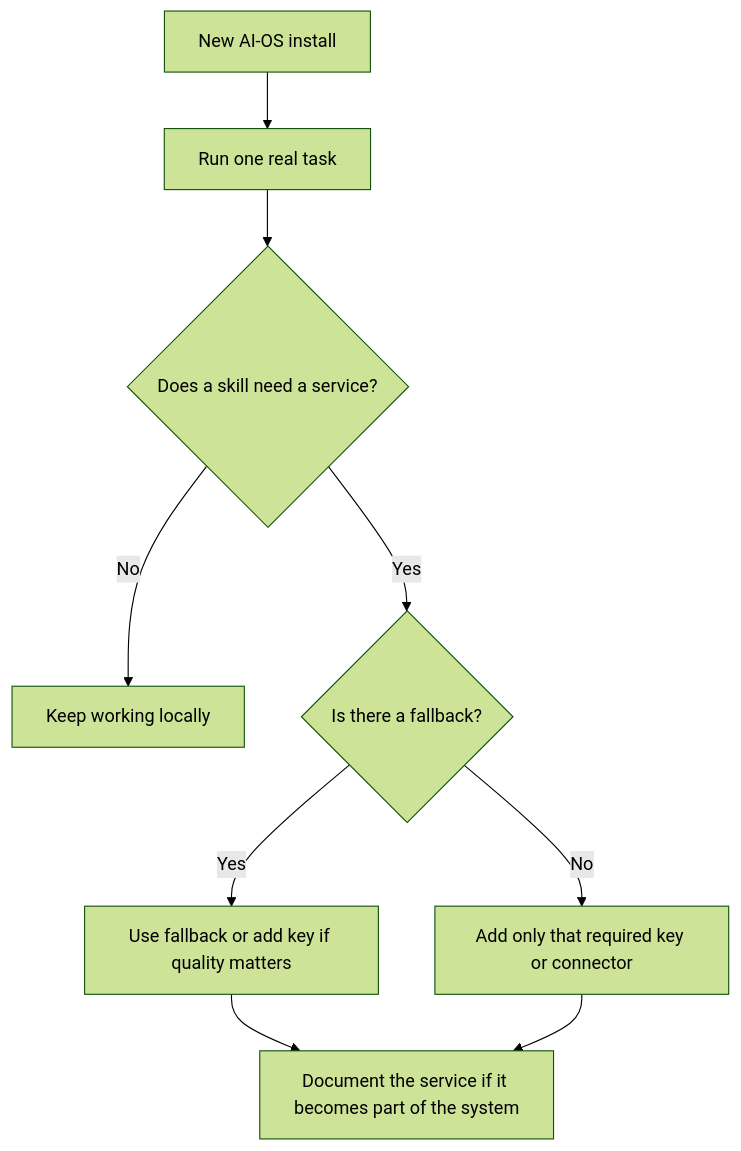
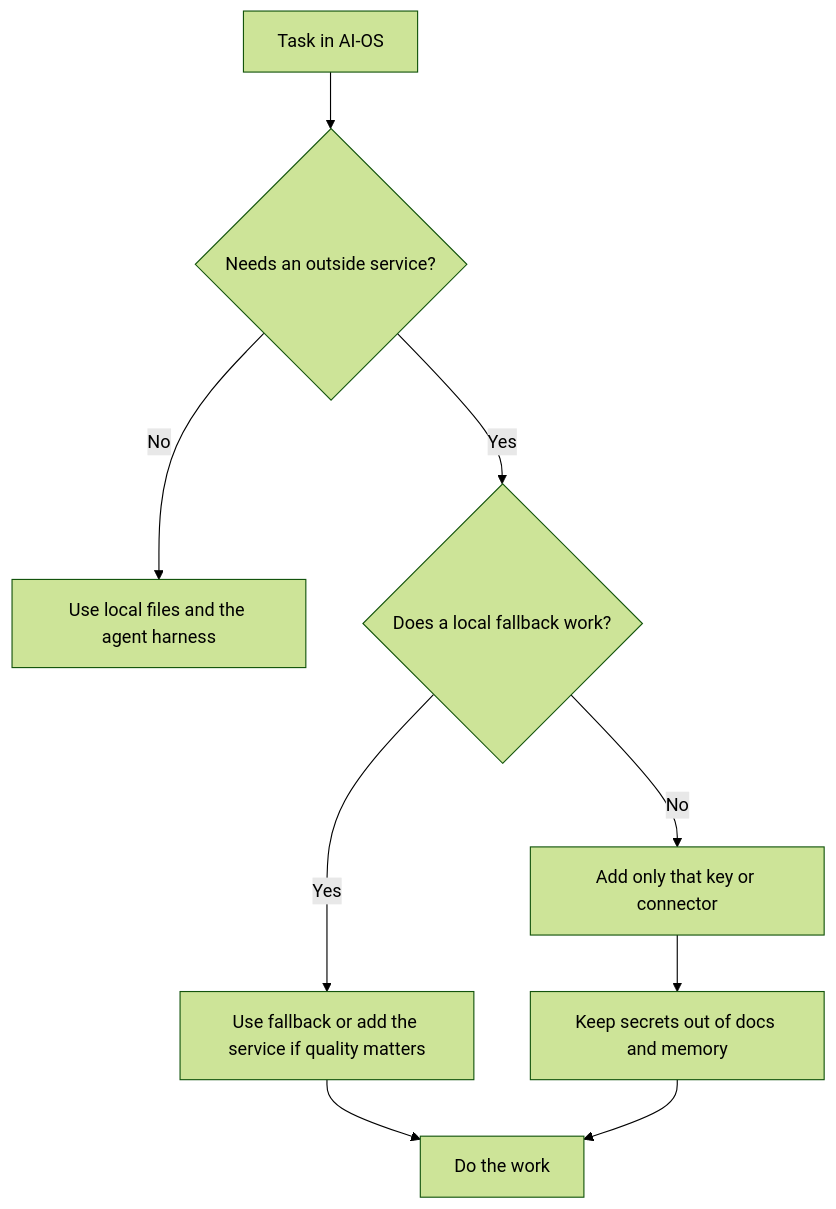
The first of 2 diagrams in docs/services-keys-and-connectors.md (camrontaylor/AI-OS-Template), drawn with Mermaid (forest theme) before and after one commit. The commit also changed other lines of this file and 462 other files, not shown here.

````diff
--- a/docs/services-keys-and-connectors.md
+++ b/docs/services-keys-and-connectors.md
@@ -35,11 +8,11 @@
 ```mermaid
 flowchart TD
-  A["New AI-OS install"] --> B["Run one real task"]
-  B --> C{"Does a skill need a service?"}
-  C -->|No| D["Keep working locally"]
-  C -->|Yes| E{"Is there a fallback?"}
-  E -->|Yes| F["Use fallback or add key if quality matters"]
-  E -->|No| G["Add only that required key or connector"]
-  F --> H["Document the service if it becomes part of the system"]
+  A["Task in AI-OS"] --> B{"Needs an outside service?"}
+  B -->|No| C["Use local files and the agent harness"]
+  B -->|Yes| D{"Does a local fallback work?"}
+  D -->|Yes| E["Use fallback or add the service if quality matters"]
+  D -->|No| F["Add only that key or connector"]
+  F --> G["Keep secrets out of docs and memory"]
+  E --> H["Do the work"]
   G --> H
 ```
````
